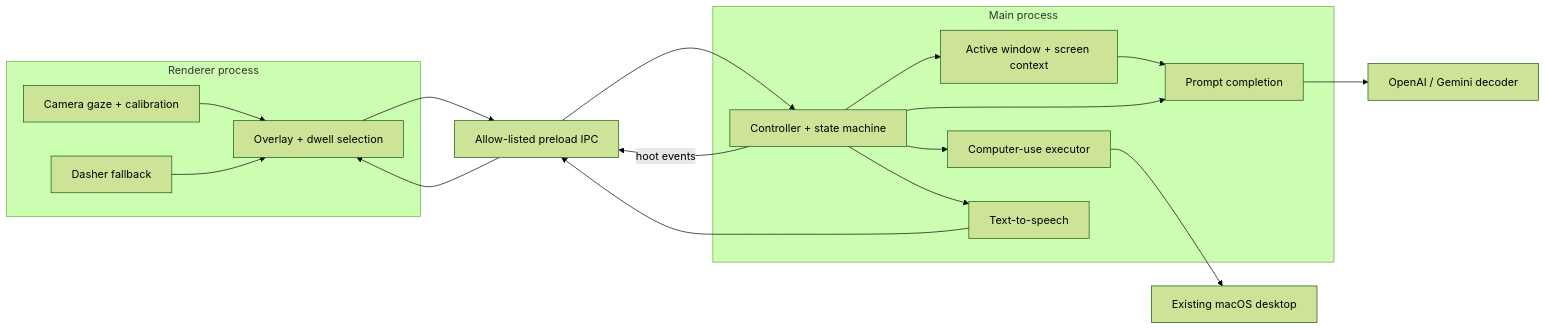
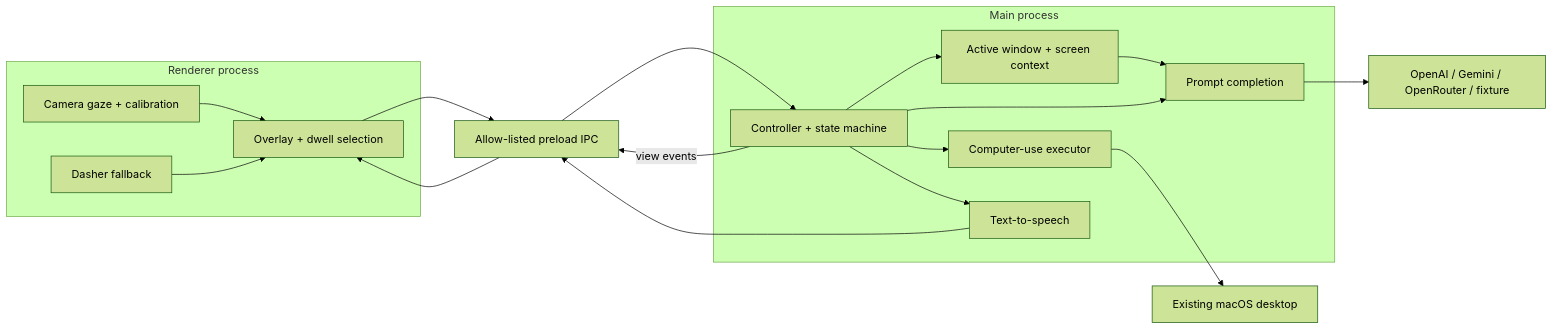
Before and after one commit to lesprgm/Hoot: the diagram in README.md, drawn with Mermaid (forest theme). The commit also changed other lines of this file and 40 other files, not shown here.

Commit message:
Add Gemini decoder fallback and Hoot media flow

````diff
--- a/README.md
+++ b/README.md
@@ -31,27 +62,27 @@
 ```mermaid
 flowchart LR
     subgraph R["Renderer process"]
         G["Camera gaze + calibration"] --> O["Overlay + dwell selection"]
         D["Dasher fallback"] --> O
     end
 
     I["Allow-listed preload IPC"]
 
     subgraph M["Main process"]
         C["Controller + state machine"]
         K["Active window + screen context"]
         P["Prompt completion"]
         X["Computer-use executor"]
         T["Text-to-speech"]
         C --> K
         C --> P
         K --> P
     end
 
     O --> I --> C
-    C -->|"hoot events"| I
+    C -->|"view events"| I
     C --> X --> Mac["Existing macOS desktop"]
-    P --> LLM["OpenAI / Gemini decoder"]
+    P --> LLM["OpenAI / Gemini / OpenRouter / fixture"]
     C --> T --> I
     I --> O
 ```
````
